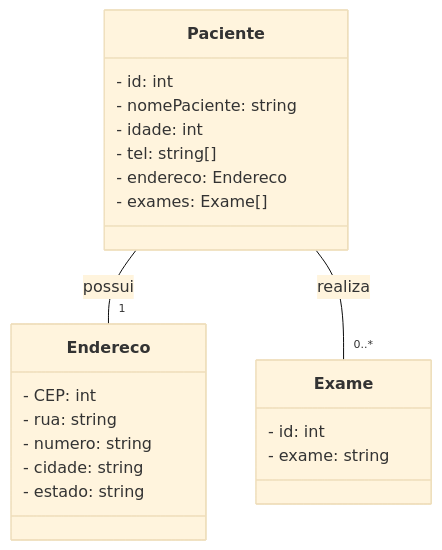
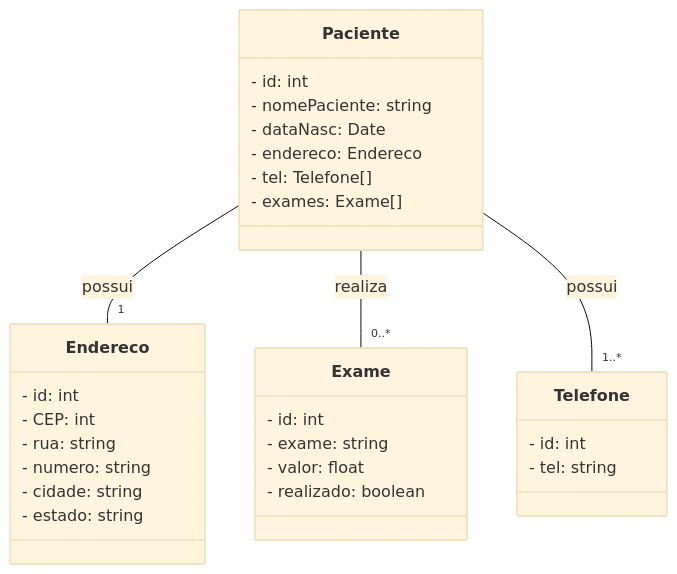
Before and after one commit to jcarloccs/clinica: the diagram in README.md, drawn with Mermaid (base theme). The commit also changed 7 other files, not shown here.

Commit message:
Implementado várias classes e atualizado UML

````diff
--- a/README.md
+++ b/README.md
@@ -5,27 +5,36 @@
 ```mermaid
 classDiagram
     class Paciente {
         - id: int
         - nomePaciente: string
-        - idade: int
-        - tel: string[]
+        - dataNasc: Date
         - endereco: Endereco
+        - tel: Telefone[]
         - exames: Exame[]
     }
 
+    class Telefone {
+        - id: int
+        - tel: string
+    }
+
     class Endereco {
+        - id: int
         - CEP: int
         - rua: string
         - numero: string
         - cidade: string
         - estado: string
     }
 
     class Exame {
         - id: int
         - exame: string
+        - valor: float
+        - realizado: boolean
     }
 
     Paciente -- "1" Endereco : possui
     Paciente -- "0..*" Exame : realiza
+    Paciente -- "1..*" Telefone : possui
 ```
````
